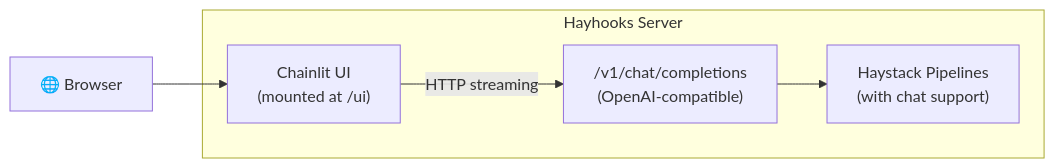
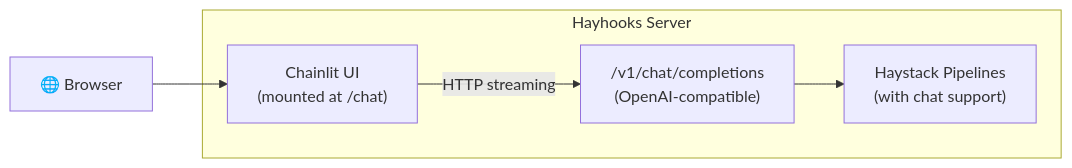
The diagram in docs/features/chainlit-integration.md (deepset-ai/hayhooks), drawn with Mermaid before and after one commit. The commit also changed other lines of this file and 4 other files, not shown here.

````diff
--- a/docs/features/chainlit-integration.md
+++ b/docs/features/chainlit-integration.md
@@ -76,13 +76,13 @@
 ```mermaid
 flowchart LR
     subgraph server ["Hayhooks Server"]
-        UI["Chainlit UI\n(mounted at /ui)"]
+        UI["Chainlit UI\n(mounted at /chat)"]
         API["/v1/chat/completions\n(OpenAI-compatible)"]
         Pipelines["Haystack Pipelines\n(with chat support)"]
 
         UI -- "HTTP streaming" --> API
         API --> Pipelines
     end
 
     Browser["🌐 Browser"] --> UI
 ```
````
